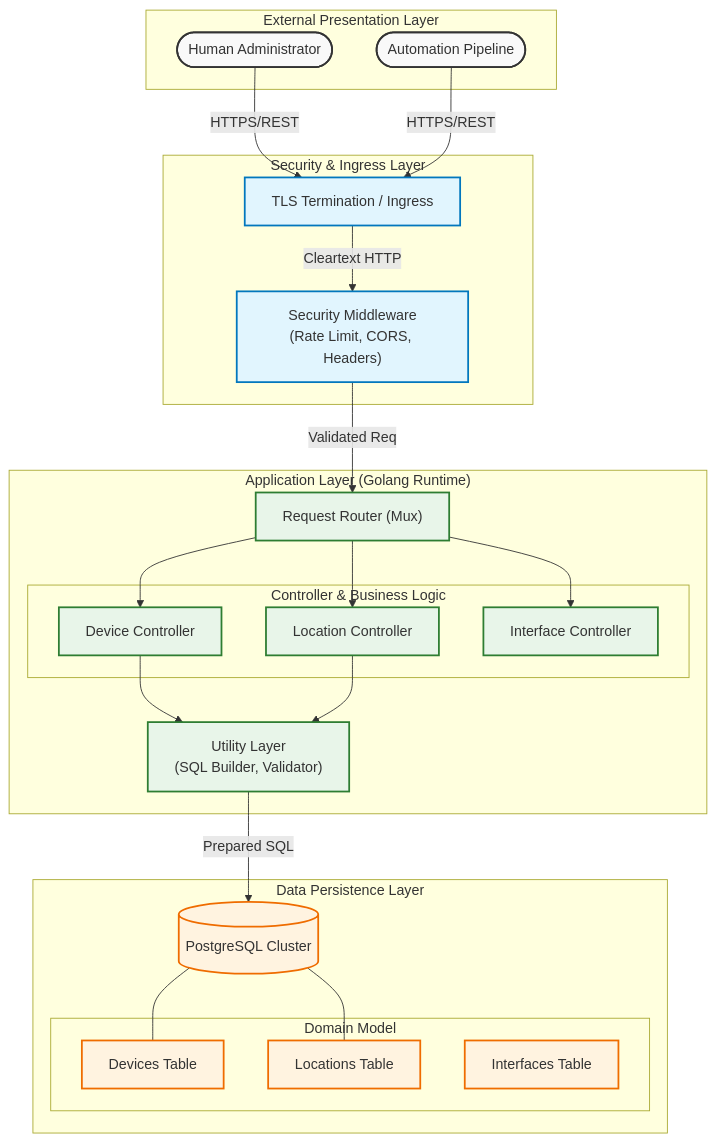
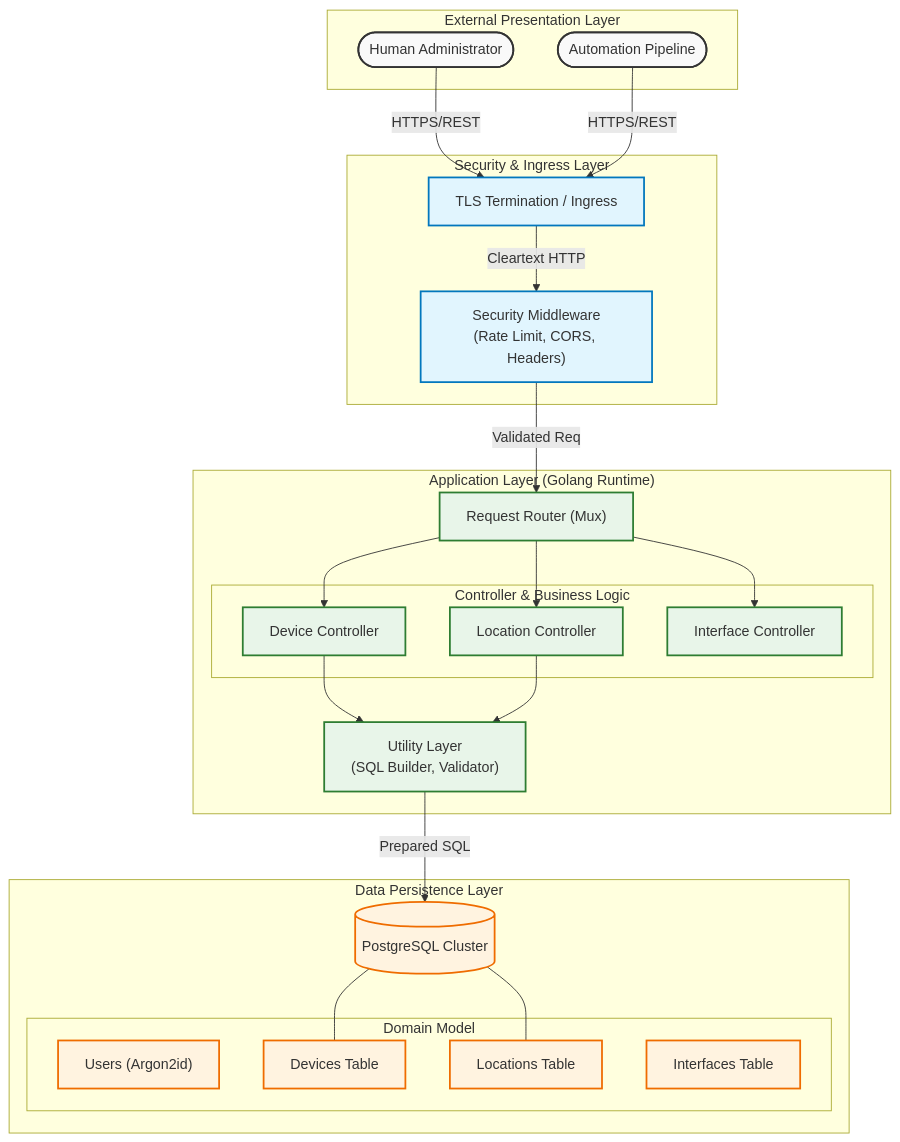
One commit to YasinEnginExpert/REST-API changed the diagram in README.md. Above: the diagram before and after it, drawn with Mermaid. The commit also changed other lines of this file and 38 other files, not shown here.

````diff
--- a/README.md
+++ b/README.md
@@ -48,62 +44,63 @@
 ```mermaid
 graph TB
     %% Definitions
     classDef client fill:#f9f9f9,stroke:#333,stroke-width:2px;
     classDef security fill:#e1f5fe,stroke:#0277bd,stroke-width:2px;
     classDef logic fill:#e8f5e9,stroke:#2e7d32,stroke-width:2px;
     classDef data fill:#fff3e0,stroke:#ef6c00,stroke-width:2px;
 
     subgraph "External Presentation Layer"
         User(["Human Administrator"])
         Auto(["Automation Pipeline"])
     end
 
     subgraph "Security & Ingress Layer"
         LB["TLS Termination / Ingress"]
         MW_Sec["Security Middleware<br/>(Rate Limit, CORS, Headers)"]
     end
 
     subgraph "Application Layer (Golang Runtime)"
         Router["Request Router (Mux)"]
         
         subgraph "Controller & Business Logic"
             Ctrl_Dev["Device Controller"]
             Ctrl_Loc["Location Controller"]
             Ctrl_Int["Interface Controller"]
         end
         
         Utils["Utility Layer<br/>(SQL Builder, Validator)"]
     end
 
     subgraph "Data Persistence Layer"
         DB[("PostgreSQL Cluster")]
         subgraph "Domain Model"
+            T_User["Users (Argon2id)"]
             T_Dev["Devices Table"]
             T_Loc["Locations Table"]
             T_Int["Interfaces Table"]
         end
     end
 
     class User,Auto client;
     class LB,MW_Sec security;
     class Router,Ctrl_Dev,Ctrl_Loc,Ctrl_Int,Utils logic;
-    class DB,T_Dev,T_Loc,T_Int data;
+    class DB,T_User,T_Dev,T_Loc,T_Int data;
 
     %% Connections
     User -->|HTTPS/REST| LB
     Auto -->|HTTPS/REST| LB
     LB -->|Cleartext HTTP| MW_Sec
     MW_Sec -->|Validated Req| Router
     
     Router --> Ctrl_Dev
     Router --> Ctrl_Loc
     Router --> Ctrl_Int
     
     Ctrl_Dev --> Utils
     Ctrl_Loc --> Utils
     
     Utils -->|Prepared SQL| DB
     
     DB --- T_Dev
     DB --- T_Loc
 ```
````
